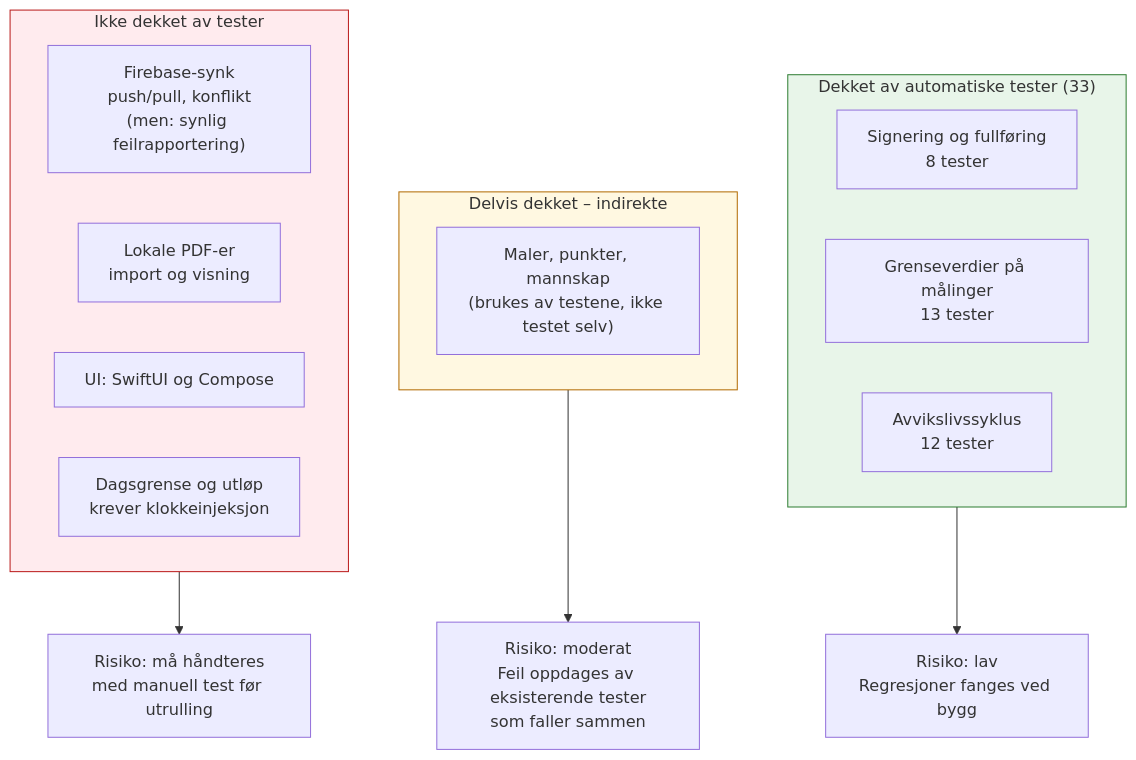
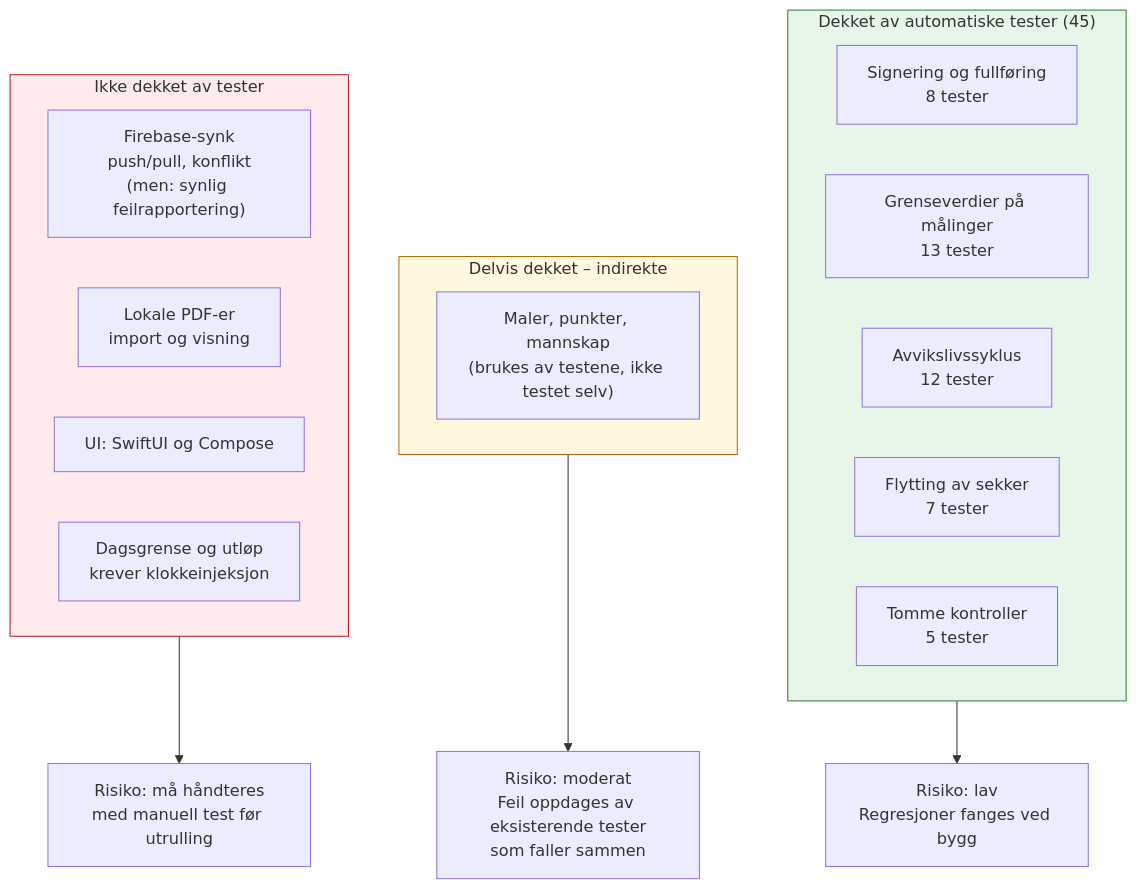
The diagram in diagrams/test-coverage.md (Vegardmykle/RedCross-Ambulance), drawn with Mermaid before and after one commit. The commit also changed other lines of this file and 8 other files, not shown here.

````diff
--- a/diagrams/test-coverage.md
+++ b/diagrams/test-coverage.md
@@ -11,29 +11,31 @@
 ```mermaid
 flowchart TB
-    subgraph Testet["Dekket av automatiske tester (33)"]
+    subgraph Testet["Dekket av automatiske tester (45)"]
         direction LR
         sign["Signering og fullføring\n8 tester"]
         limits["Grenseverdier på målinger\n13 tester"]
         lifecycle["Avvikslivssyklus\n12 tester"]
+        moves["Flytting av sekker\n7 tester"]
+        empty["Tomme kontroller\n5 tester"]
     end
 
     subgraph Delvis["Delvis dekket – indirekte"]
         crud["Maler, punkter, mannskap\n(brukes av testene, ikke testet selv)"]
     end
 
     subgraph Udekket["Ikke dekket av tester"]
         direction LR
         sync["Firebase-synk\npush/pull, konflikt\n(men: synlig feilrapportering)"]
         pdf["Lokale PDF-er\nimport og visning"]
         ui["UI: SwiftUI og Compose"]
         clock["Dagsgrense og utløp\nkrever klokkeinjeksjon"]
     end
 
     Testet --> risk1["Risiko: lav\nRegresjoner fanges ved bygg"]
     Delvis --> risk2["Risiko: moderat\nFeil oppdages av eksisterende tester\nsom faller sammen"]
     Udekket --> risk3["Risiko: må håndteres\nmed manuell test før utrulling"]
 
     style Testet fill:#E8F5E9,stroke:#2E7D32
     style Delvis fill:#FFF8E1,stroke:#B26A00
     style Udekket fill:#FFEBEE,stroke:#BA1A1A
 ```
````
